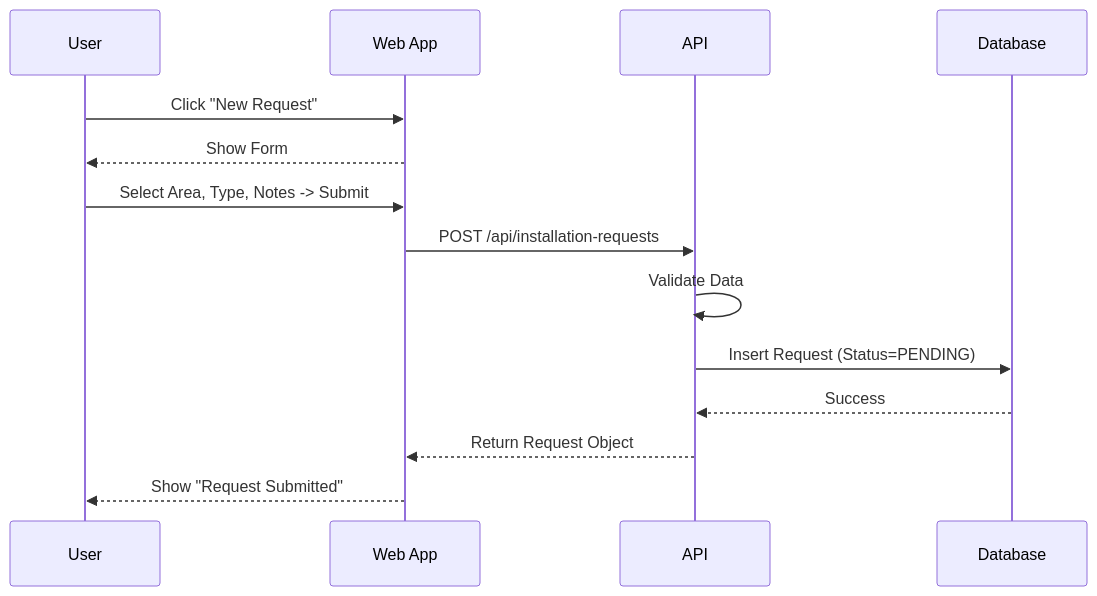
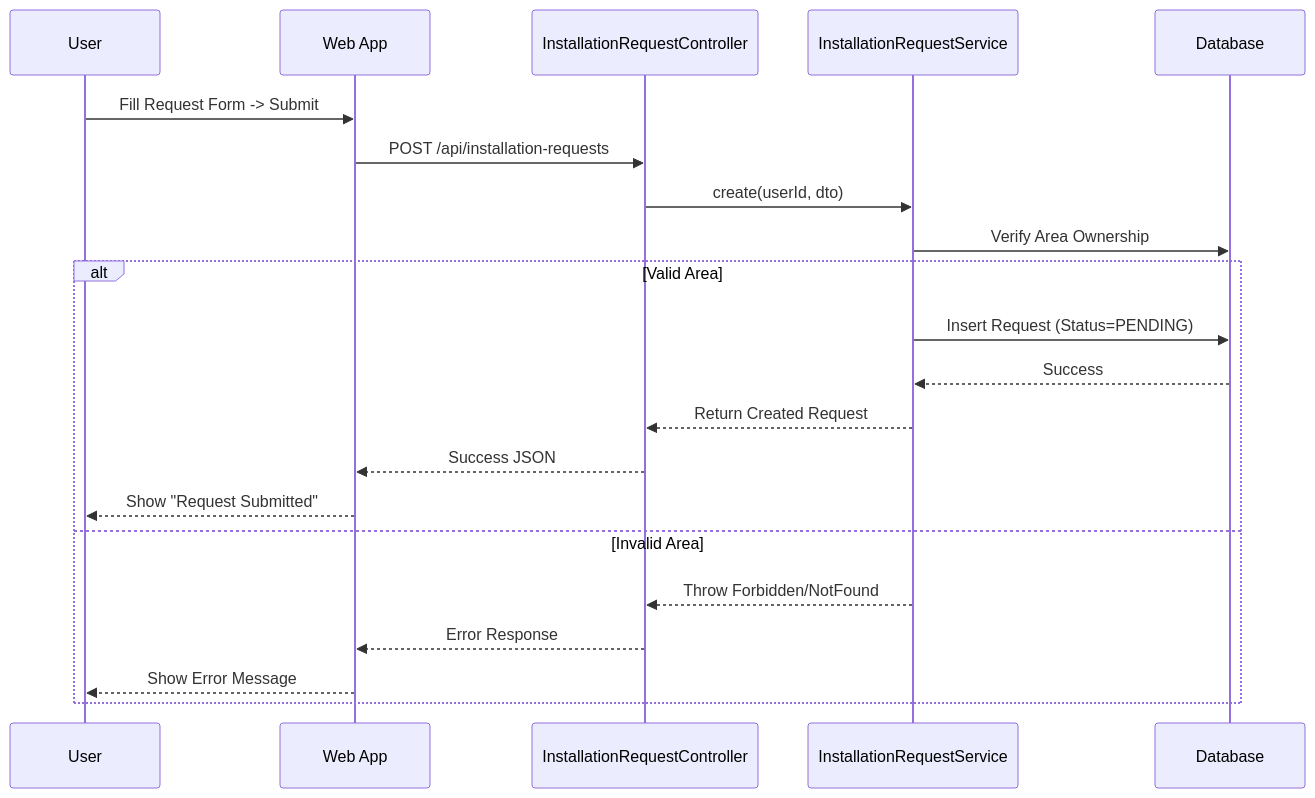
One commit to duong4444/agribot-dev changed the first of 3 diagrams in DOC-TTCS/installation_request_docs.md. Above: the diagram before and after it, drawn with Mermaid. The commit also changed other lines of this file and 7 other files, not shown here.

````diff
--- a/DOC-TTCS/installation_request_docs.md
+++ b/DOC-TTCS/installation_request_docs.md
@@ -45,17 +45,25 @@
 ```mermaid
 sequenceDiagram
     participant U as User
     participant FE as Web App
-    participant BE as API
+    participant CTL as InstallationRequestController
+    participant SVC as InstallationRequestService
     participant DB as Database
 
-    U->>FE: Click "New Request"
-    FE-->>U: Show Form
-    U->>FE: Select Area, Type, Notes -> Submit
-    FE->>BE: POST /api/installation-requests
-    BE->>BE: Validate Data
-    BE->>DB: Insert Request (Status=PENDING)
-    DB-->>BE: Success
-    BE-->>FE: Return Request Object
-    FE-->>U: Show "Request Submitted"
+    U->>FE: Fill Request Form -> Submit
+    FE->>CTL: POST /api/installation-requests
+    CTL->>SVC: create(userId, dto)
+    
+    SVC->>DB: Verify Area Ownership
+    alt Valid Area
+        SVC->>DB: Insert Request (Status=PENDING)
+        DB-->>SVC: Success
+        SVC-->>CTL: Return Created Request
+        CTL-->>FE: Success JSON
+        FE-->>U: Show "Request Submitted"
+    else Invalid Area
+        SVC-->>CTL: Throw Forbidden/NotFound
+        CTL-->>FE: Error Response
+        FE-->>U: Show Error Message
+    end
 ```
````
